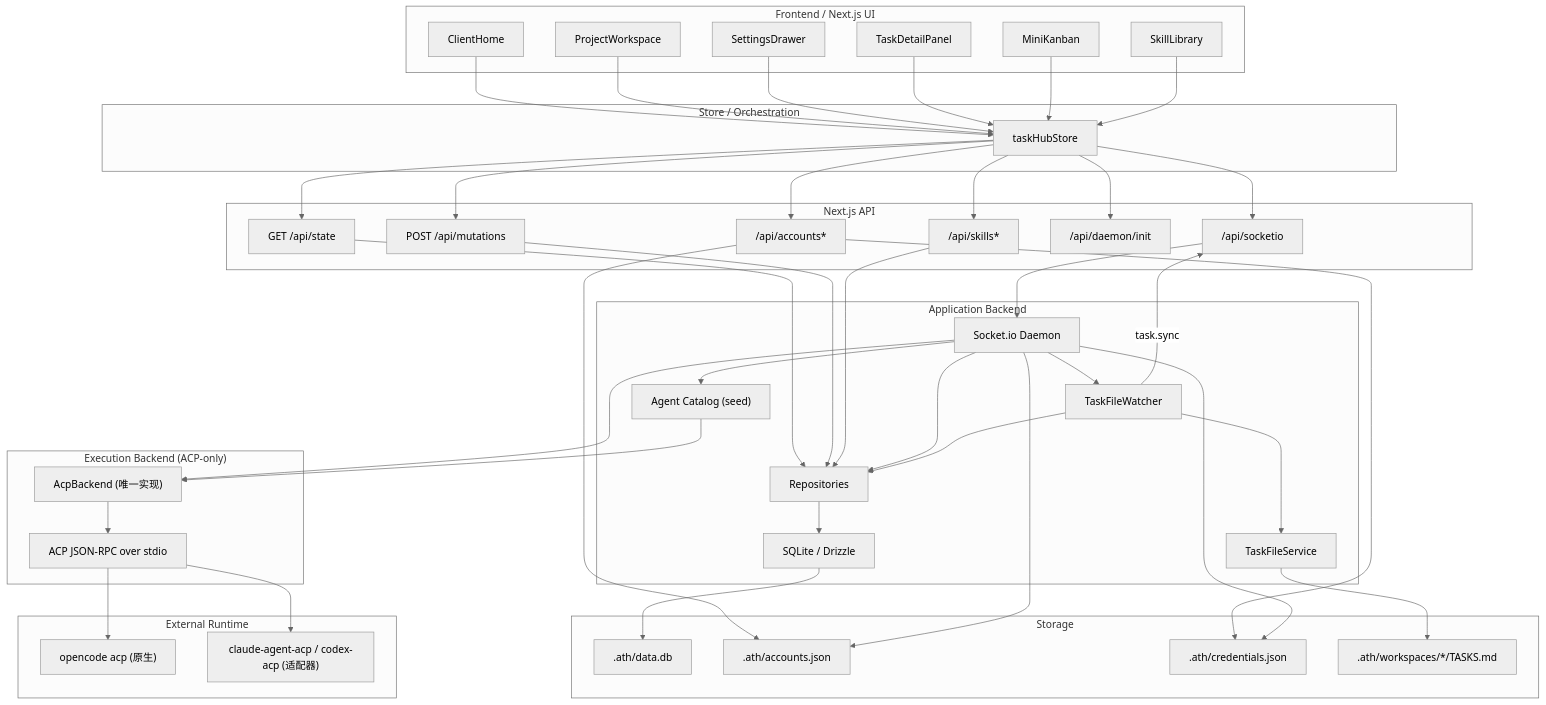
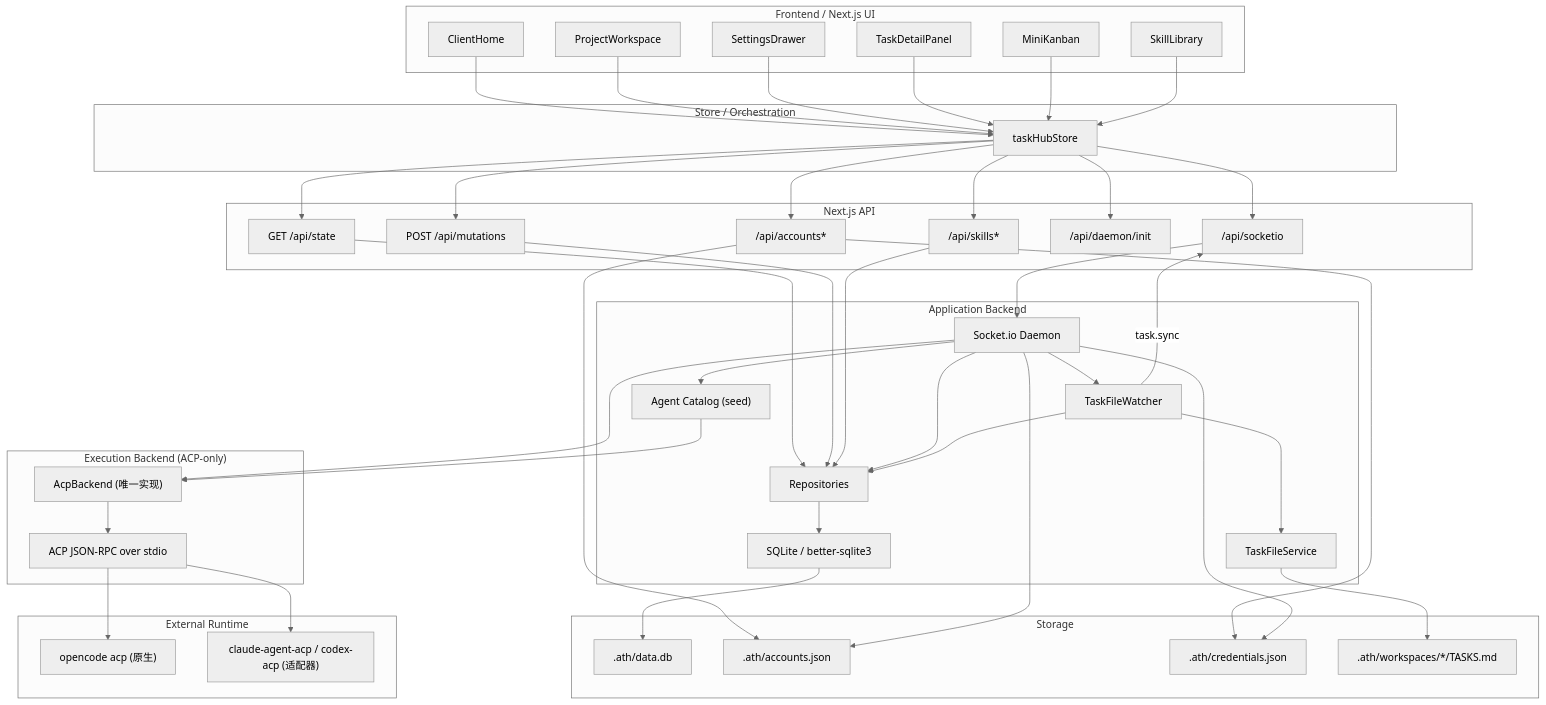
One commit to changhuaqiu/agent-task-team changed the first of 5 diagrams in docs/wiki/07-architecture-diagrams.md. Above: the diagram before and after it, drawn with Mermaid (neutral theme). The commit also changed 17 other files, not shown here.

Commit message:
refactor: remove unused drizzle schema

```diff
--- a/docs/wiki/07-architecture-diagrams.md
+++ b/docs/wiki/07-architecture-diagrams.md
@@ -40,7 +40,7 @@
 
   subgraph AppServer["Application Backend"]
     Repos["Repositories"]
-    DB["SQLite / Drizzle"]
+    DB["SQLite / better-sqlite3"]
     Daemon["Socket.io Daemon"]
     Catalog["Agent Catalog (seed)"]
     FileWatcher["TaskFileWatcher"]
```
